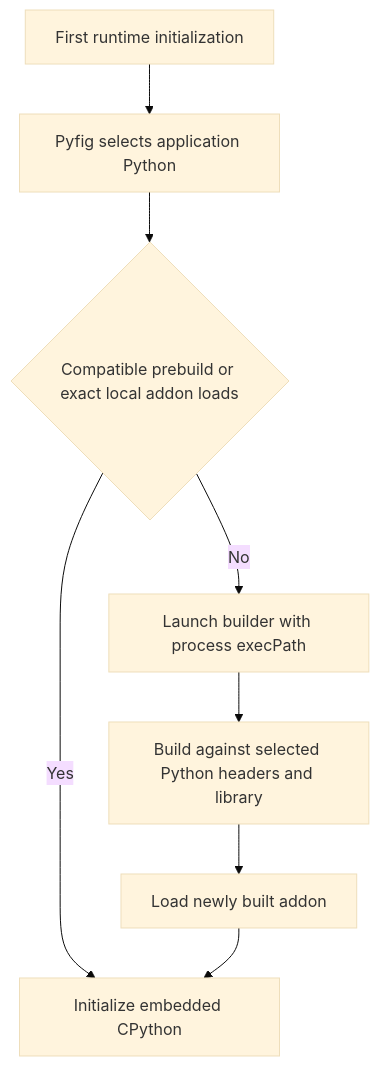
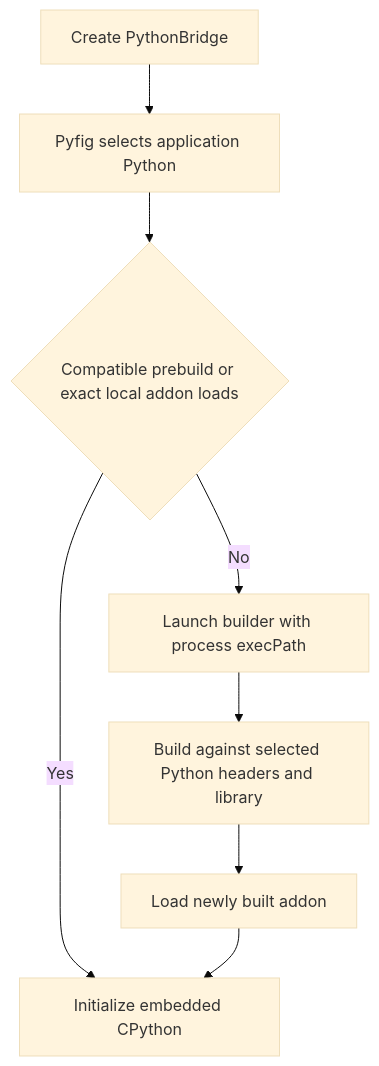
The diagram in README.md (regbo/lfp-common), drawn with Mermaid (base theme) before and after one commit. The commit also changed other lines of this file and 15 other files, not shown here.

Commit message:
refactor: make python bridge own runtime

````diff
--- a/README.md
+++ b/README.md
@@ -184,10 +188,10 @@
 ```mermaid
 graph TD;
-    A[First runtime initialization] --> B[Pyfig selects application Python];
+    A[Create PythonBridge] --> B[Pyfig selects application Python];
     B --> C{Compatible prebuild or exact local addon loads};
     C -->|Yes| G[Initialize embedded CPython];
     C -->|No| D[Launch builder with process execPath];
     D --> E[Build against selected Python headers and library];
     E --> F[Load newly built addon];
     F --> G;
 ```
````
